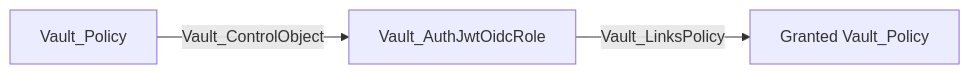
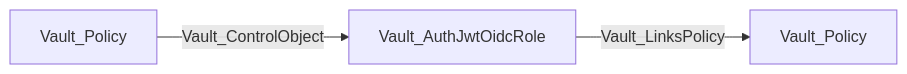
Before and after one commit to bytewreck/opengraph-vault: diagram 16 of 39 in Documentation/stores/AUTH.md, drawn with Mermaid. The commit also changed other lines of this file, not shown here.

````diff
--- a/Documentation/stores/AUTH.md
+++ b/Documentation/stores/AUTH.md
@@ -510,5 +430,5 @@
 ```mermaid
 flowchart LR
     policy[Vault_Policy] -->|Vault_ControlObject| role[Vault_AuthJwtOidcRole]
-    role -->|Vault_LinksPolicy| granted["Granted Vault_Policy"]
+    role -->|Vault_LinksPolicy| granted[Vault_Policy]
 ```
````
